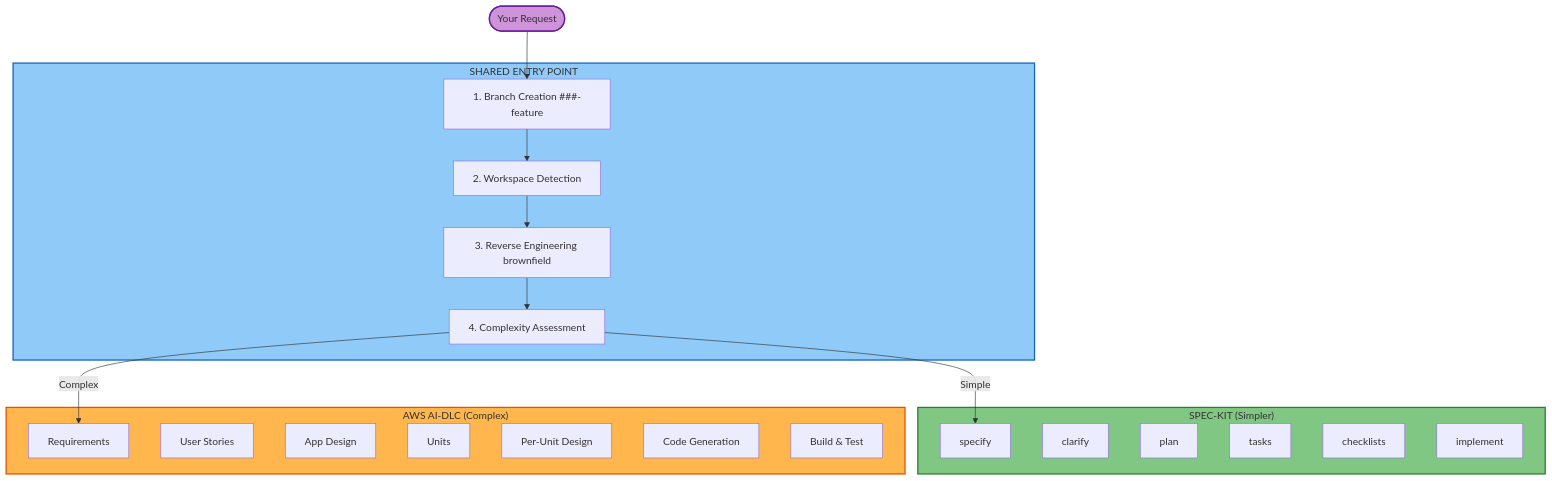
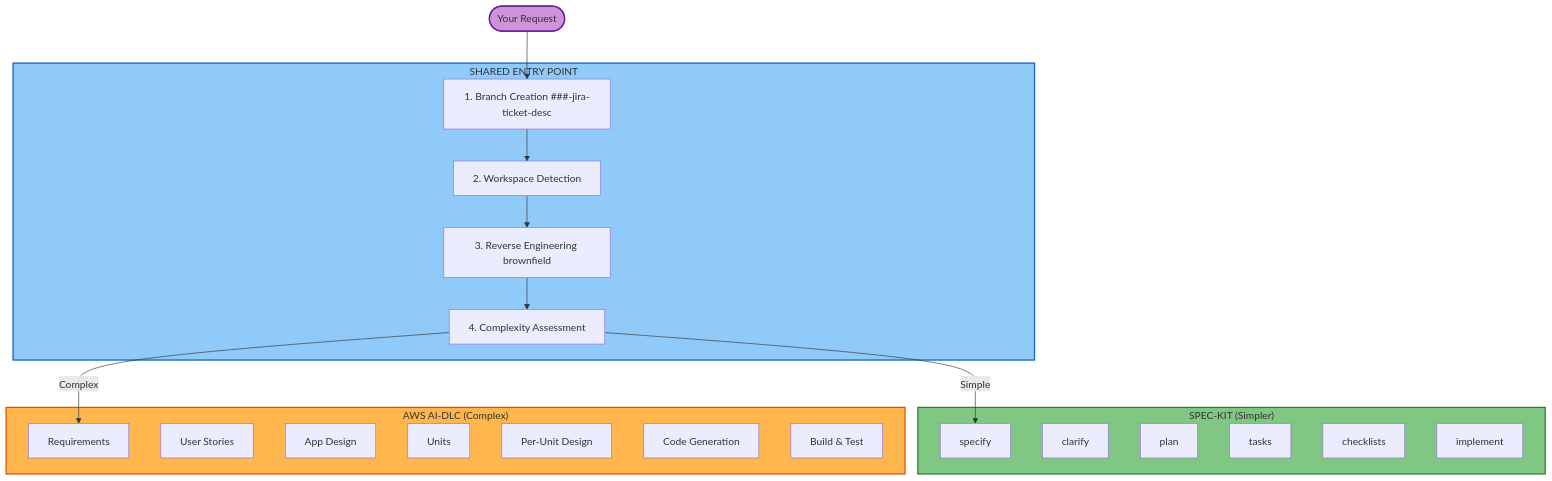
One commit to premkumarjanagarajan/fluid-flow-ai changed the diagram in main-workflow/workflows/shared/memory/welcome-message.md. Above: the diagram before and after it, drawn with Mermaid. The commit also changed other lines of this file and 14 other files, not shown here.

First line of the commit message:
Standardize branch naming to ###-jira-ticket-short-description

````diff
--- a/main-workflow/workflows/shared/memory/welcome-message.md
+++ b/main-workflow/workflows/shared/memory/welcome-message.md
@@ -20,41 +20,41 @@
 ```mermaid
 flowchart TD
     Request(["Your Request"])
 
     subgraph ENTRY["SHARED ENTRY POINT"]
-        B1["1. Branch Creation ###-feature"]
+        B1["1. Branch Creation ###-jira-ticket-desc"]
         B2["2. Workspace Detection"]
         B3["3. Reverse Engineering brownfield"]
         B4["4. Complexity Assessment"]
         B1 --> B2 --> B3 --> B4
     end
 
     Request --> B1
 
     subgraph SPECKIT["SPEC-KIT (Simpler)"]
         SK1["specify"]
         SK2["clarify"]
         SK3["plan"]
         SK4["tasks"]
         SK5["checklists"]
         SK6["implement"]
     end
 
     subgraph AIDLC["AWS AI-DLC (Complex)"]
         AD1["Requirements"]
         AD2["User Stories"]
         AD3["App Design"]
         AD4["Units"]
         AD5["Per-Unit Design"]
         AD6["Code Generation"]
         AD7["Build & Test"]
     end
 
     B4 -->|Simple| SK1
     B4 -->|Complex| AD1
 
     style ENTRY fill:#90CAF9,stroke:#1565C0,stroke-width:2px
     style SPECKIT fill:#81C784,stroke:#2E7D32,stroke-width:2px
     style AIDLC fill:#FFB74D,stroke:#E65100,stroke-width:2px
     style Request fill:#CE93D8,stroke:#6A1B9A,stroke-width:2px
 ```
````
